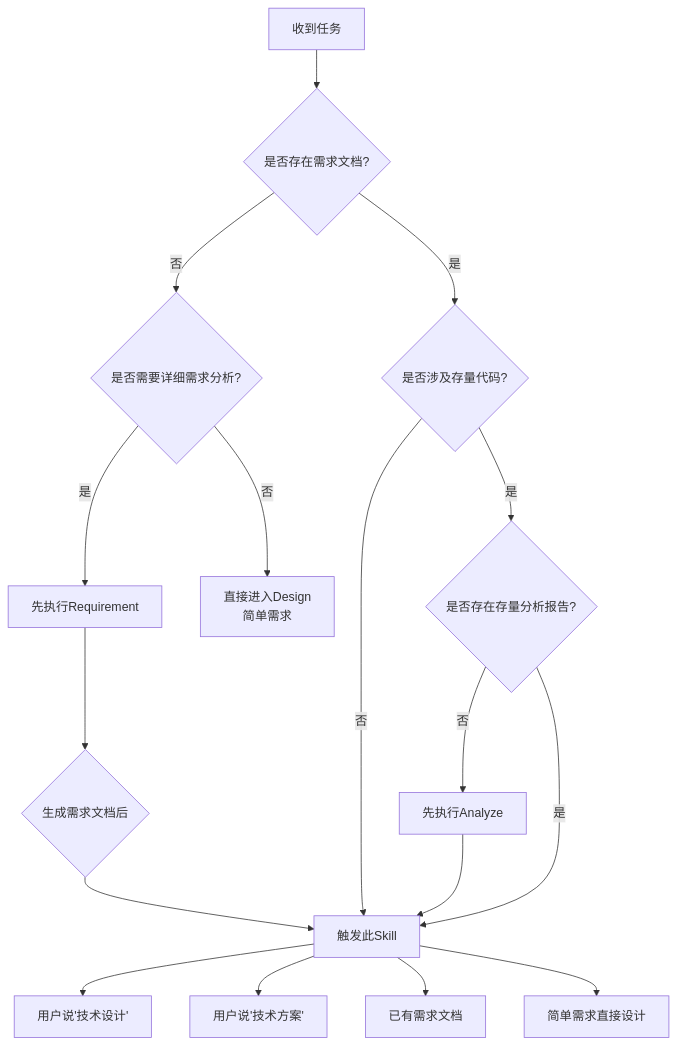
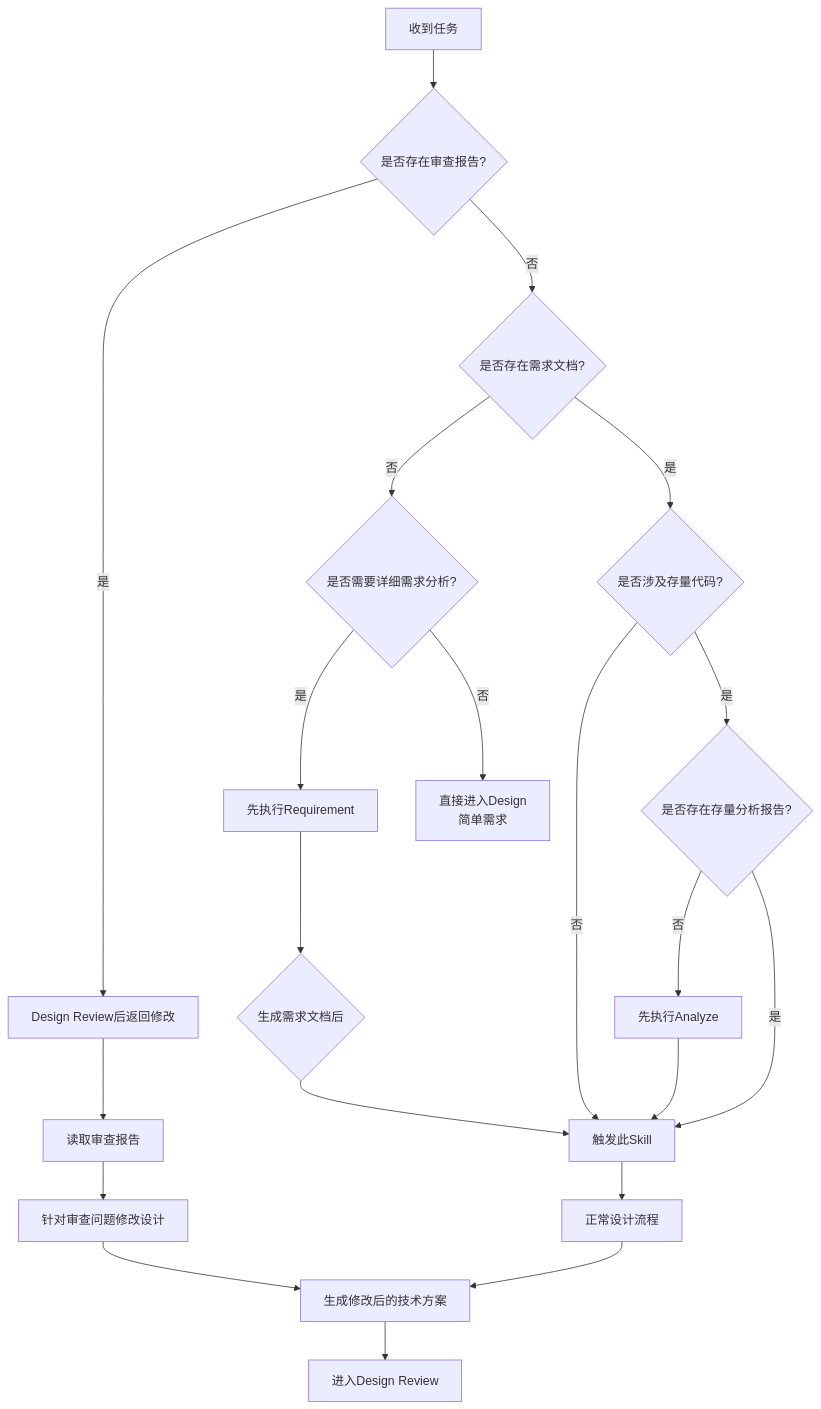
One commit to ymm512/Cadence-skills changed the first of 2 diagrams in .claude/designs/2026-02-25_Skill_Design_v1.0.md. Above: the diagram before and after it, drawn with Mermaid. The commit also changed other lines of this file, not shown here.

First line of the commit message:
feat: 修改 4.4 Design 节点，增加审查报告输入逻辑

````diff
--- a/.claude/designs/2026-02-25_Skill_Design_v1.0.md
+++ b/.claude/designs/2026-02-25_Skill_Design_v1.0.md
@@ -39,25 +44,33 @@
 ```mermaid
 graph TD
-    A[收到任务] --> B{是否存在需求文档?}
-    B -->|否| C{是否需要详细需求分析?}
-    B -->|是| D{是否涉及存量代码?}
+    A[收到任务] --> A1{是否存在审查报告?}
 
-    C -->|是| E[先执行Requirement]
-    C -->|否| F[直接进入Design<br/>简单需求]
+    A1 -->|是| B[Design Review后返回修改]
+    A1 -->|否| C{是否存在需求文档?}
 
-    D -->|否| H[触发此Skill]
-    D -->|是| G{是否存在存量分析报告?}
+    B --> D[读取审查报告]
+    D --> E[针对审查问题修改设计]
 
-    G -->|否| I[先执行Analyze]
-    G -->|是| H
+    C -->|否| F{是否需要详细需求分析?}
+    C -->|是| G{是否涉及存量代码?}
 
-    E --> J{生成需求文档后}
-    J --> H
+    F -->|是| H[先执行Requirement]
+    F -->|否| I[直接进入Design<br/>简单需求]
 
-    I --> H
+    G -->|否| J[触发此Skill]
+    G -->|是| K{是否存在存量分析报告?}
 
-    H --> H1[用户说'技术设计']
-    H --> H2[用户说'技术方案']
-    H --> H3[已有需求文档]
-    H --> H4[简单需求直接设计]
+    K -->|否| L[先执行Analyze]
+    K -->|是| J
+
+    H --> M{生成需求文档后}
+    M --> J
+
+    L --> J
+
+    E --> N[生成修改后的技术方案]
+    J --> O[正常设计流程]
+    O --> N
+
+    N --> P[进入Design Review]
 ```
````
